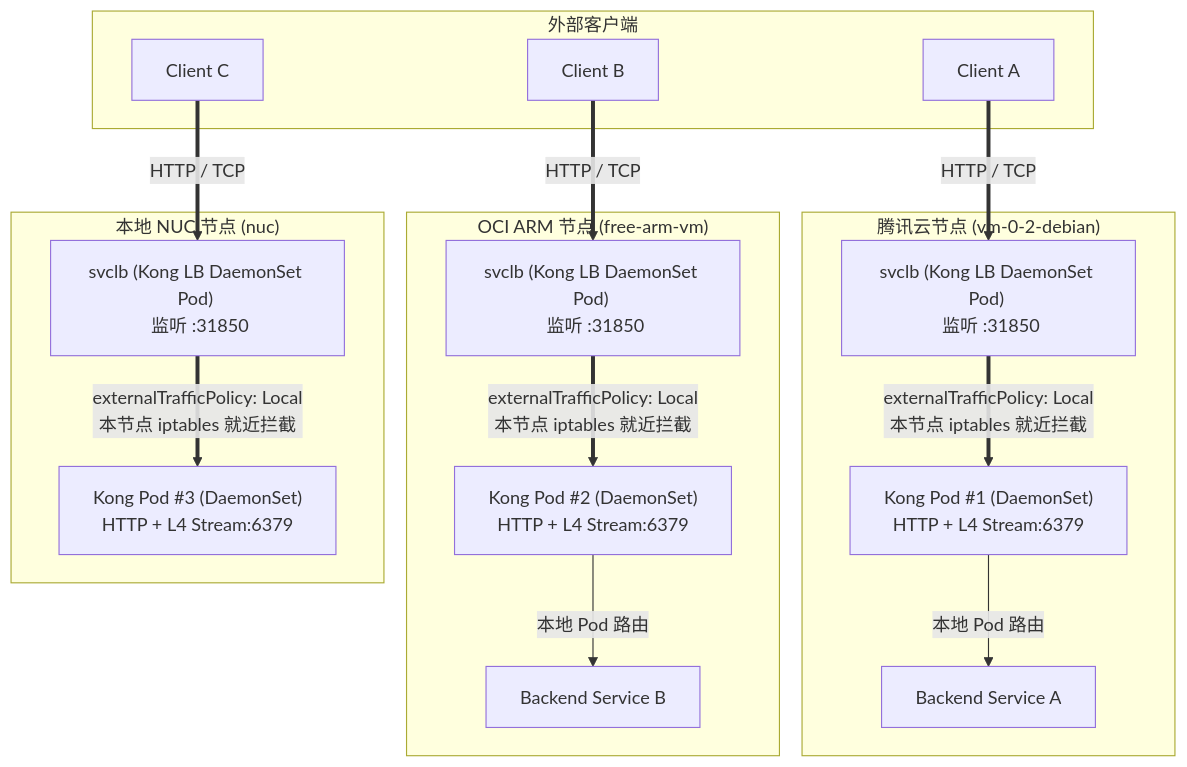
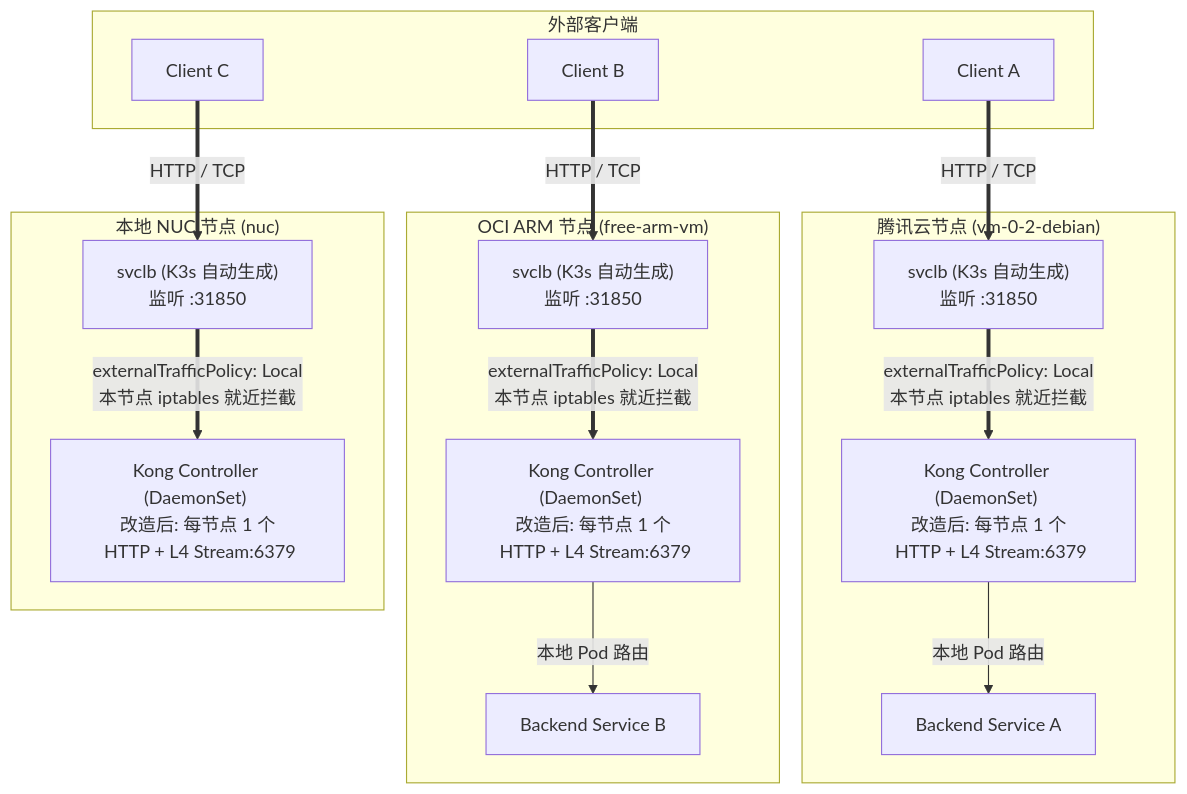
The second of 2 diagrams in kong_ha_daemonset_local_traffic_architecture.md (nvd11/my-blogs), drawn with Mermaid before and after one commit. The commit also changed other lines of this file, not shown here.

Commit message:
docs: clarify svclb is K3s infra (not DaemonSet change target); DaemonSet applies only to Kong Controller

````diff
--- a/kong_ha_daemonset_local_traffic_architecture.md
+++ b/kong_ha_daemonset_local_traffic_architecture.md
@@ -78,36 +78,36 @@
 ```mermaid
 graph TD
     subgraph Clients ["外部客户端"]
         C1["Client A"]
         C2["Client B"]
         C3["Client C"]
     end
 
     subgraph Node1 ["腾讯云节点 (vm-0-2-debian)"]
-        LB1["svclb (Kong LB DaemonSet Pod) <br/> 监听 :31850"]
-        KongDS1["Kong Pod #1 (DaemonSet) <br/> HTTP + L4 Stream:6379"]
+        LB1["svclb (K3s 自动生成) <br/> 监听 :31850"]
+        KongDS1["Kong Controller (DaemonSet) <br/> 改造后: 每节点 1 个 <br/> HTTP + L4 Stream:6379"]
         Svc1["Backend Service A"]
     end
 
     subgraph Node2 ["OCI ARM 节点 (free-arm-vm)"]
-        LB2["svclb (Kong LB DaemonSet Pod) <br/> 监听 :31850"]
-        KongDS2["Kong Pod #2 (DaemonSet) <br/> HTTP + L4 Stream:6379"]
+        LB2["svclb (K3s 自动生成) <br/> 监听 :31850"]
+        KongDS2["Kong Controller (DaemonSet) <br/> 改造后: 每节点 1 个 <br/> HTTP + L4 Stream:6379"]
         Svc2["Backend Service B"]
     end
 
     subgraph Node3 ["本地 NUC 节点 (nuc)"]
-        LB3["svclb (Kong LB DaemonSet Pod) <br/> 监听 :31850"]
-        KongDS3["Kong Pod #3 (DaemonSet) <br/> HTTP + L4 Stream:6379"]
+        LB3["svclb (K3s 自动生成) <br/> 监听 :31850"]
+        KongDS3["Kong Controller (DaemonSet) <br/> 改造后: 每节点 1 个 <br/> HTTP + L4 Stream:6379"]
     end
 
     C1 ==>|HTTP / TCP| LB1
     C2 ==>|HTTP / TCP| LB2
     C3 ==>|HTTP / TCP| LB3
 
     LB1 ==>|externalTrafficPolicy: Local <br/> 本节点 iptables 就近拦截| KongDS1
     LB2 ==>|externalTrafficPolicy: Local <br/> 本节点 iptables 就近拦截| KongDS2
     LB3 ==>|externalTrafficPolicy: Local <br/> 本节点 iptables 就近拦截| KongDS3
 
     KongDS1 -->|本地 Pod 路由| Svc1
     KongDS2 -->|本地 Pod 路由| Svc2
 ```
````
